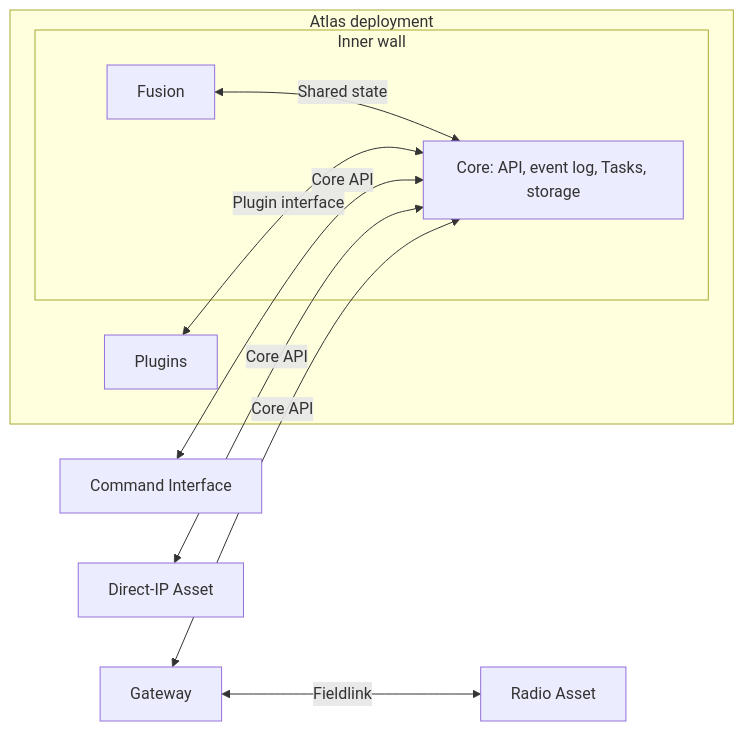
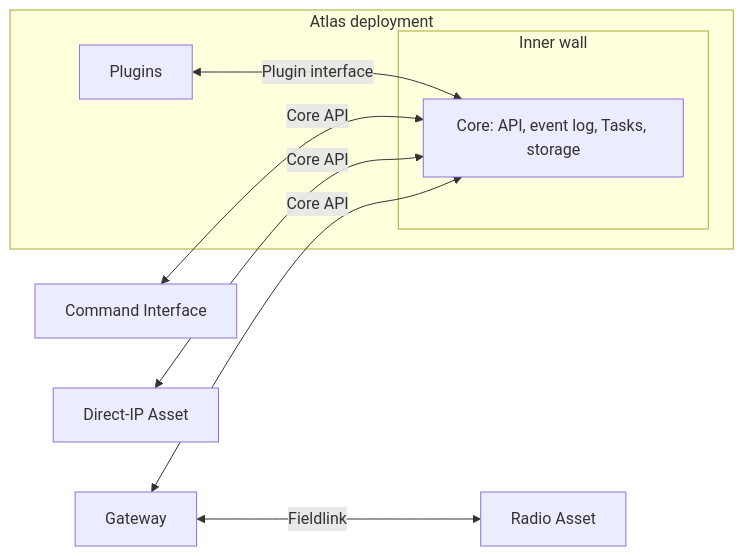
One commit to atlas-field-systems/atlas changed the diagram in atlas/using-atlas.md. Above: the diagram before and after it, drawn with Mermaid. The commit also changed other lines of this file and 48 other files, not shown here.

````diff
--- a/atlas/using-atlas.md
+++ b/atlas/using-atlas.md
@@ -13,16 +13,14 @@
 ```mermaid
 flowchart LR
     subgraph City[Atlas deployment]
         subgraph Inner[Inner wall]
             C[Core: API, event log, Tasks, storage]
-            F[Fusion]
         end
         P[Plugins]
     end
-    F <-->|Shared state| C
     P <-->|Plugin interface| C
     UI[Command Interface] <-->|Core API| C
     D[Direct-IP Asset] <-->|Core API| C
     G[Gateway] <-->|Core API| C
     G <-->|Fieldlink| A[Radio Asset]
 ```
````
